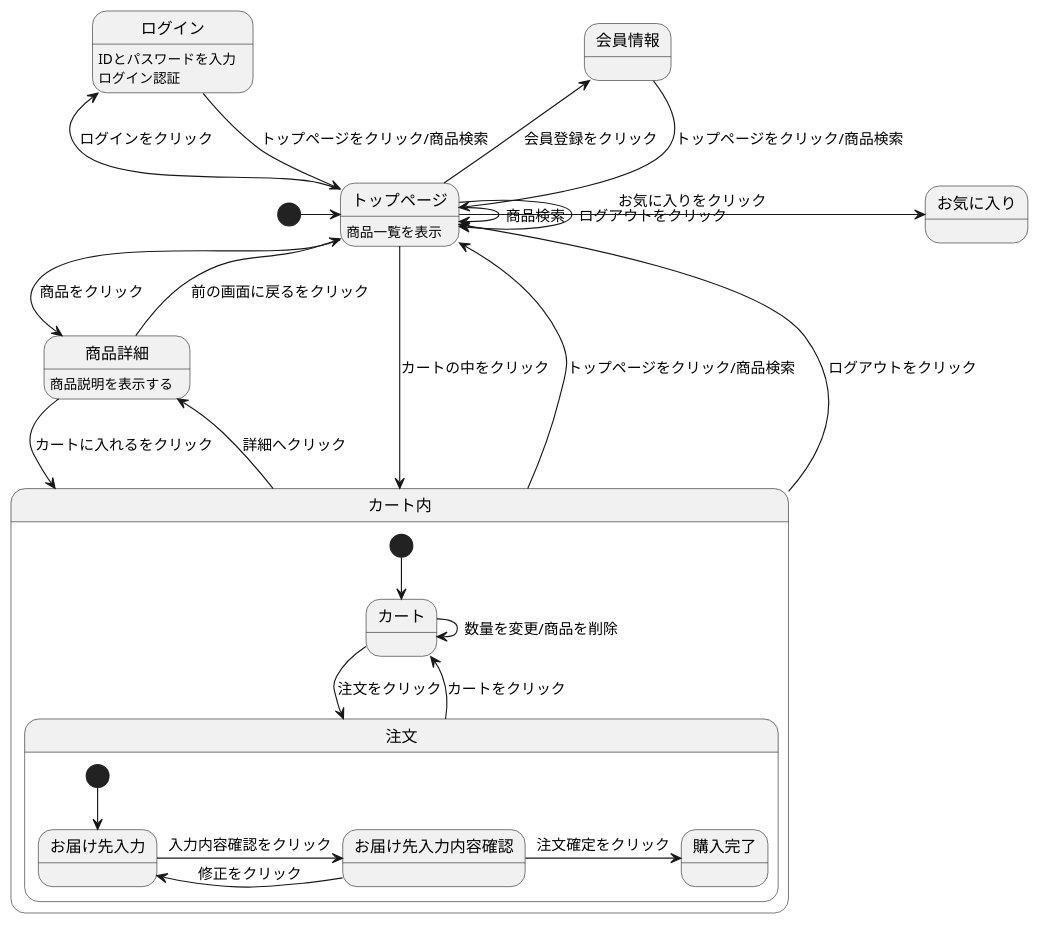
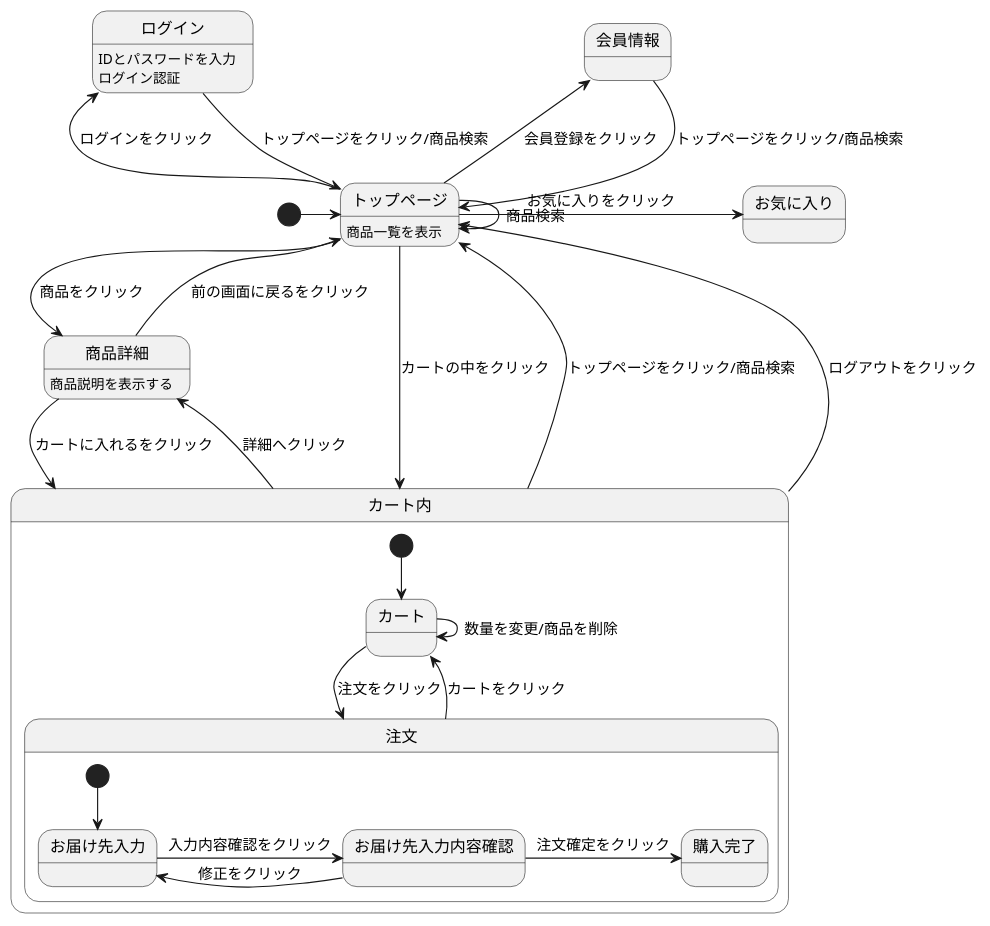
The diagram in 2001397G.md (Aso2001397/2021sys-design), drawn with PlantUML before and after one commit.

````diff
--- a/2001397G.md
+++ b/2001397G.md
@@ -1,36 +1,35 @@
 ```uml
 @startuml
 [*] -> トップページ
 会員情報 --> トップページ : トップページをクリック/商品検索
 ログイン --> トップページ : トップページをクリック/商品検索
 ログイン : IDとパスワードを入力
 ログイン : ログイン認証
-トップページ --> トップページ : ログアウトをクリック
 トップページ -> トップページ : 商品検索
 トップページ -> 商品詳細 : 商品をクリック
 トップページ -> お気に入り : お気に入りをクリック
 トップページ -left-> 会員情報 : 会員登録をクリック
 トップページ -left-> ログイン: ログインをクリック
 トップページ --> カート内 : カートの中をクリック
 トップページ : 商品一覧を表示
 商品詳細 --> カート内 : カートに入れるをクリック
 商品詳細 --> トップページ : 前の画面に戻るをクリック
 商品詳細 : 商品説明を表示する
 カート内 -up-> トップページ : トップページをクリック/商品検索
 カート内 -up-> トップページ : ログアウトをクリック
 カート内 -> 商品詳細 : 詳細へクリック
 
 state カート内{
  [*] --> カート
  カート -> 注文 : 注文をクリック
  カート -> カート : 数量を変更/商品を削除
  注文 --> カート : カートをクリック
  state 注文{
   [*] --> お届け先入力
   お届け先入力 -> お届け先入力内容確認 : 入力内容確認をクリック
   お届け先入力内容確認 -> お届け先入力 : 修正をクリック
   お届け先入力内容確認 -> 購入完了 : 注文確定をクリック
   }
  }
  @enduml
  ```
````
